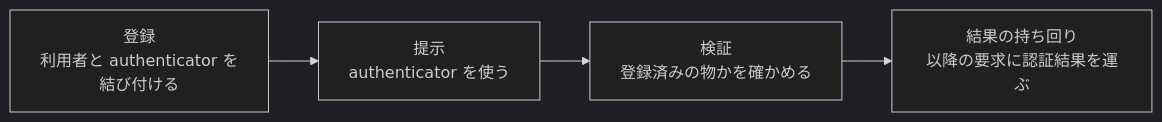
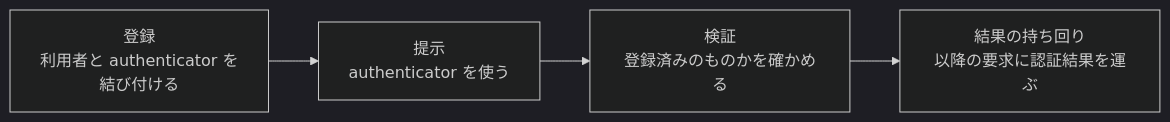
The first of 7 diagrams in content/notes/security/authentication/index.md (nao1215/debimate), drawn with Mermaid (dark theme) before and after one commit. The commit also changed other lines of this file and 56 other files, not shown here.

````diff
--- a/content/notes/security/authentication/index.md
+++ b/content/notes/security/authentication/index.md
@@ -16,6 +16,6 @@
 ```mermaid
 flowchart LR
     R["登録<br/>利用者と authenticator を<br/>結び付ける"] --> P["提示<br/>authenticator を使う"]
-    P --> V["検証<br/>登録済みの物かを確かめる"]
+    P --> V["検証<br/>登録済みのものかを確かめる"]
     V --> S["結果の持ち回り<br/>以降の要求に認証結果を運ぶ"]
 ```
````
